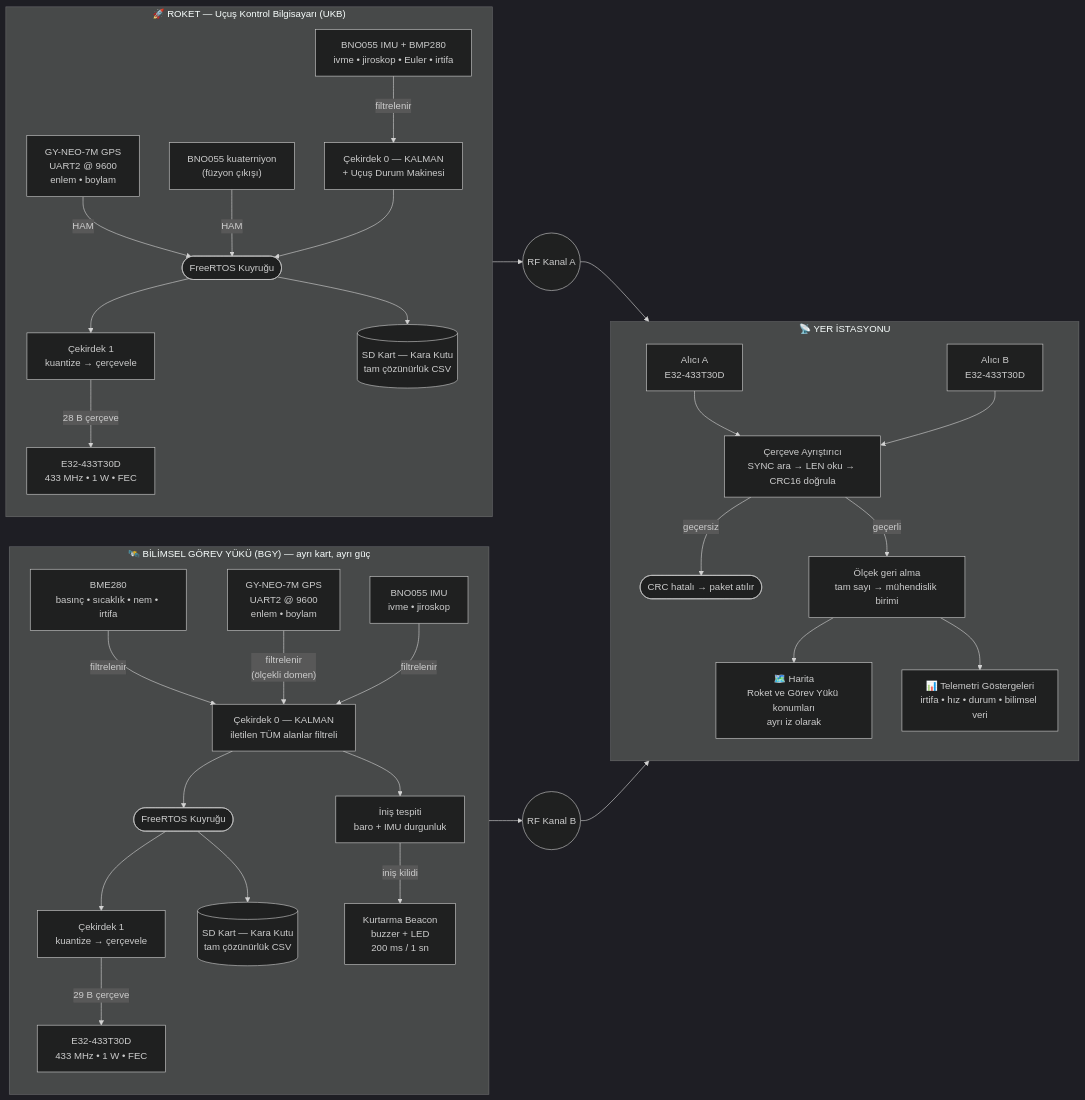
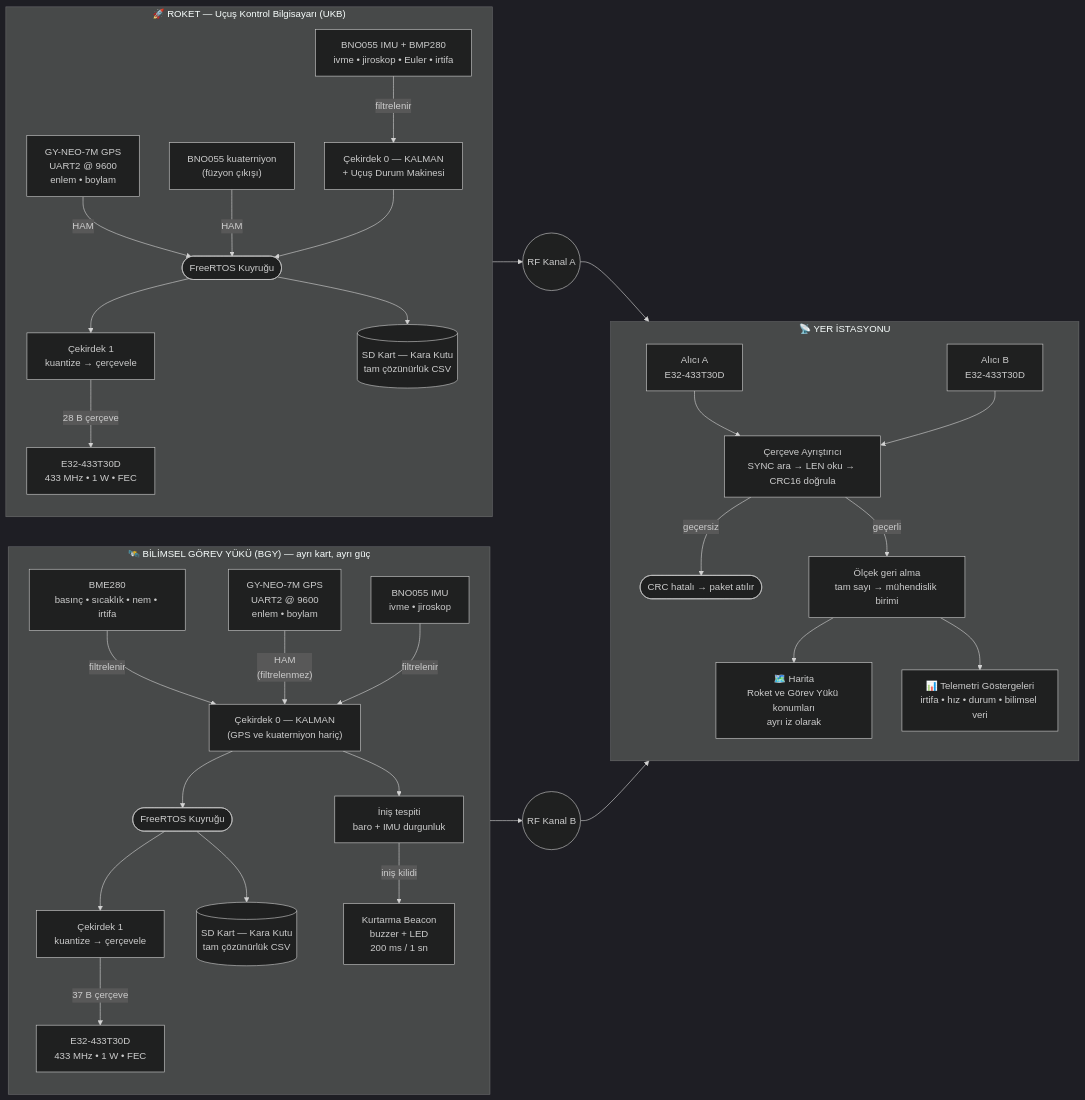
The second of 4 diagrams in docs/rapor-konum-belirleyici-mimari.md (cinarunver/UcusYazilimi2026), drawn with Mermaid (dark theme) before and after one commit. The commit also changed other lines of this file and 166 other files, not shown here.

````diff
--- a/docs/rapor-konum-belirleyici-mimari.md
+++ b/docs/rapor-konum-belirleyici-mimari.md
@@ -82,67 +82,67 @@
 ```mermaid
 flowchart LR
     subgraph ROKET["🚀 ROKET — Uçuş Kontrol Bilgisayarı (UKB)"]
         direction TB
         RG["GY-NEO-7M GPS<br/>UART2 @ 9600<br/>enlem • boylam"]
         RS["BNO055 IMU + BMP280<br/>ivme • jiroskop • Euler • irtifa"]
         RQU["BNO055 kuaterniyon<br/>(füzyon çıkışı)"]
         RC0["Çekirdek 0 — KALMAN<br/>+ Uçuş Durum Makinesi"]
         RQ(["FreeRTOS Kuyruğu"])
         RC1["Çekirdek 1<br/>kuantize → çerçevele"]
         RSD[("SD Kart — Kara Kutu<br/>tam çözünürlük CSV")]
         RL["E32-433T30D<br/>433 MHz • 1 W • FEC"]
         RS -->|"filtrelenir"| RC0
         RG -->|"HAM"| RQ
         RQU -->|"HAM"| RQ
         RC0 --> RQ --> RC1
         RQ --> RSD
         RC1 -->|"28 B çerçeve"| RL
     end
 
     subgraph GY["🛰️ BİLİMSEL GÖREV YÜKÜ (BGY) — ayrı kart, ayrı güç"]
         direction TB
         GG["GY-NEO-7M GPS<br/>UART2 @ 9600<br/>enlem • boylam"]
         GS["BME280<br/>basınç • sıcaklık • nem • irtifa"]
         GI["BNO055 IMU<br/>ivme • jiroskop"]
-        GC0["Çekirdek 0 — KALMAN<br/>iletilen TÜM alanlar filtreli"]
+        GC0["Çekirdek 0 — KALMAN<br/>(GPS ve kuaterniyon hariç)"]
         GD["İniş tespiti<br/>baro + IMU durgunluk"]
         GQ(["FreeRTOS Kuyruğu"])
         GC1["Çekirdek 1<br/>kuantize → çerçevele"]
         GSD[("SD Kart — Kara Kutu<br/>tam çözünürlük CSV")]
         GL["E32-433T30D<br/>433 MHz • 1 W • FEC"]
         GB["Kurtarma Beacon<br/>buzzer + LED<br/>200 ms / 1 sn"]
         GS -->|"filtrelenir"| GC0
-        GG -->|"filtrelenir<br/>(ölçekli domen)"| GC0
+        GG -->|"HAM<br/>(filtrelenmez)"| GC0
         GI -->|"filtrelenir"| GC0
         GC0 --> GD
         GC0 --> GQ --> GC1
         GQ --> GSD
         GD -->|"iniş kilidi"| GB
-        GC1 -->|"29 B çerçeve"| GL
+        GC1 -->|"37 B çerçeve"| GL
     end
 
     RFA(("RF Kanal A"))
     RFB(("RF Kanal B"))
     RL --> RFA
     GL --> RFB
 
     subgraph YER["📡 YER İSTASYONU"]
         direction TB
         RXA["Alıcı A<br/>E32-433T30D"]
         RXB["Alıcı B<br/>E32-433T30D"]
         PARSE["Çerçeve Ayrıştırıcı<br/>SYNC ara → LEN oku → CRC16 doğrula"]
         DROP(["CRC hatalı → paket atılır"])
         SCALE["Ölçek geri alma<br/>tam sayı → mühendislik birimi"]
         MAP["🗺️ Harita<br/>Roket ve Görev Yükü konumları<br/>ayrı iz olarak"]
         TEL["📊 Telemetri Göstergeleri<br/>irtifa • hız • durum • bilimsel veri"]
         RXA --> PARSE
         RXB --> PARSE
         PARSE -->|"geçersiz"| DROP
         PARSE -->|"geçerli"| SCALE
         SCALE --> MAP
         SCALE --> TEL
     end
 
     RFA --> RXA
     RFB --> RXB
 ```
````
